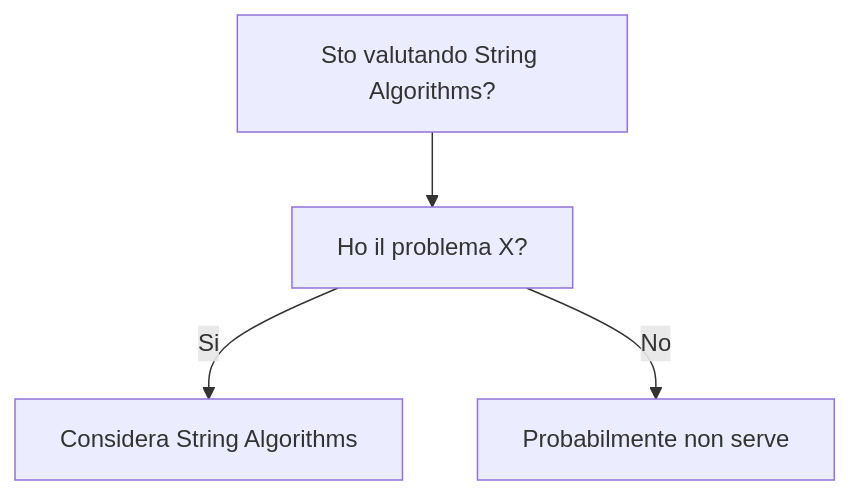
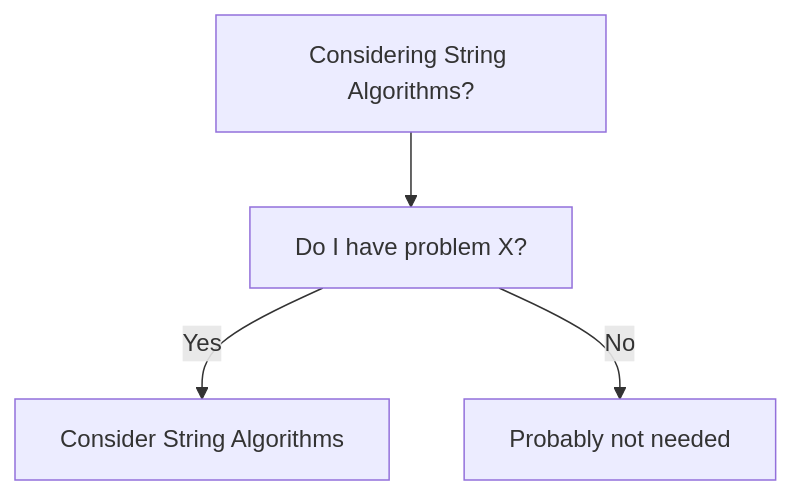
Before and after one commit to HxT9/Software-Dev-Wiki: the diagram in dev-wiki/15_Algorithms_DataStructures/String_Algorithms/When_To_Use.md, drawn with Mermaid. The commit also changed other lines of this file and 3444 other files, not shown here.

````diff
--- a/dev-wiki/15_Algorithms_DataStructures/String_Algorithms/When_To_Use.md
+++ b/dev-wiki/15_Algorithms_DataStructures/String_Algorithms/When_To_Use.md
@@ -19,6 +19,6 @@
 ```mermaid
 flowchart TD
-  Q[Sto valutando String Algorithms?] --> Q1[Ho il problema X?]
-  Q1 -->|Si| OK[Considera String Algorithms]
-  Q1 -->|No| NO[Probabilmente non serve]
+  Q[Considering String Algorithms?] --> Q1[Do I have problem X?]
+  Q1 -->|Yes| OK[Consider String Algorithms]
+  Q1 -->|No| NO[Probably not needed]
 ```
````
